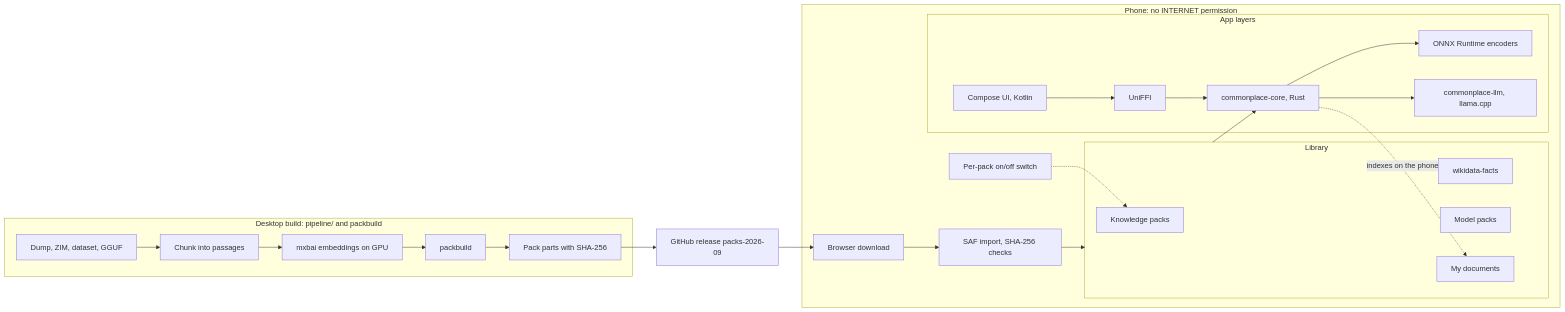
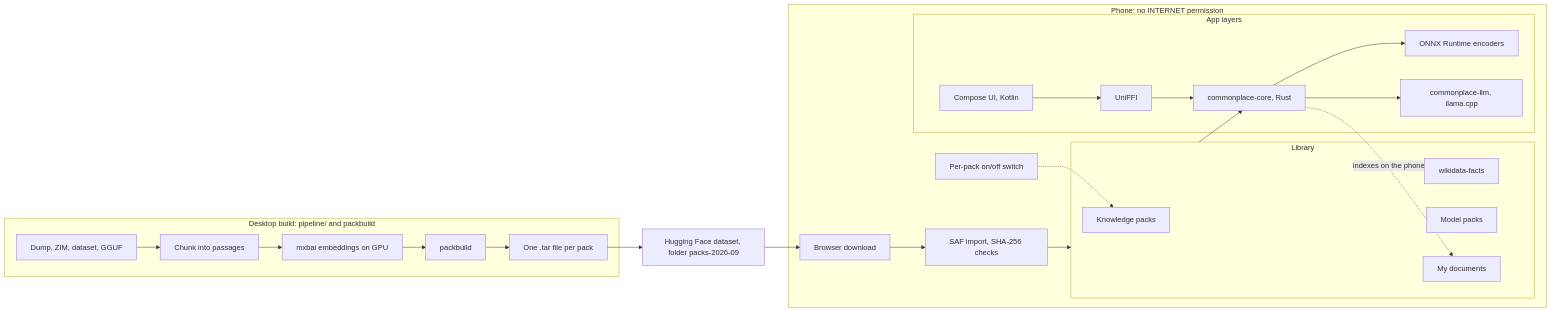
Before and after one commit to 0xPD33/commonplace: the first of 2 diagrams in README.md, drawn with Mermaid. The commit also changed other lines of this file and 11 other files, not shown here.

First line of the commit message:
Distribute each pack as one file on Hugging Face

````diff
--- a/README.md
+++ b/README.md
@@ -15,30 +15,30 @@
 ```mermaid
 flowchart LR
   subgraph Desktop["Desktop build: pipeline/ and packbuild"]
     SRC["Dump, ZIM, dataset, GGUF"] --> CHUNK["Chunk into passages"]
     CHUNK --> EMB["mxbai embeddings on GPU"]
     EMB --> PB["packbuild"]
-    PB --> PARTS["Pack parts with SHA-256"]
+    PB --> PARTS["One .tar file per pack"]
   end
-  PARTS --> REL["GitHub release packs-2026-09"]
+  PARTS --> REL["Hugging Face dataset, folder packs-2026-09"]
   REL --> BR
   subgraph Phone["Phone: no INTERNET permission"]
     BR["Browser download"] --> SAF["SAF import, SHA-256 checks"]
     SAF --> LIB
     subgraph LIB["Library"]
       KP["Knowledge packs"]
       WD["wikidata-facts"]
       MP["Model packs"]
       UD["My documents"]
     end
     SW["Per-pack on/off switch"] -.-> KP
     subgraph App["App layers"]
       UI["Compose UI, Kotlin"] --> FFI["UniFFI"]
       FFI --> CORE["commonplace-core, Rust"]
       CORE --> ORT["ONNX Runtime encoders"]
       CORE --> LLM["commonplace-llm, llama.cpp"]
     end
     LIB --> CORE
     CORE -.->|"indexes on the phone"| UD
   end
 ```
````
